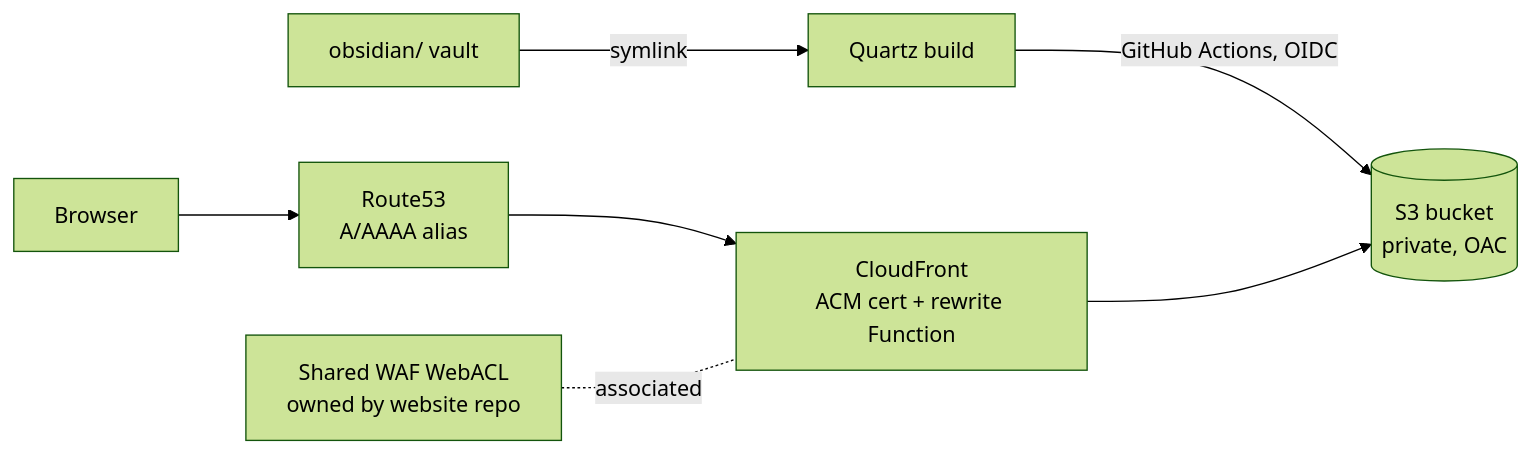
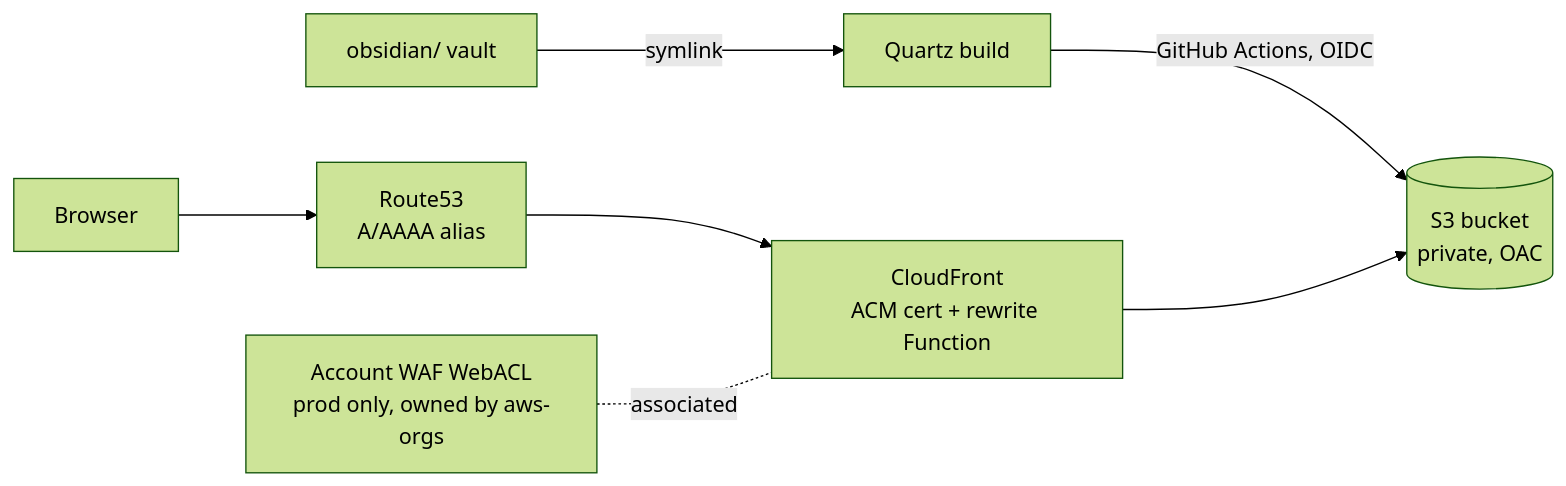
The diagram in README.md (rwaterman/notes), drawn with Mermaid (forest theme) before and after one commit. The commit also changed other lines of this file and 11 other files, not shown here.

First line of the commit message:
refactor: deploy one stage per AWS account

````diff
--- a/README.md
+++ b/README.md
@@ -87,8 +91,8 @@
 ```mermaid
 flowchart LR
   OB[obsidian/ vault] -->|symlink| Q[Quartz build]
   Q -->|GitHub Actions, OIDC| S3[(S3 bucket<br/>private, OAC)]
   U[Browser] --> R53[Route53<br/>A/AAAA alias] --> CF[CloudFront<br/>ACM cert + rewrite Function]
   CF --> S3
-  WAF[Shared WAF WebACL<br/>owned by website repo] -.associated.- CF
+  WAF[Account WAF WebACL<br/>prod only, owned by aws-orgs] -.associated.- CF
 ```
````
